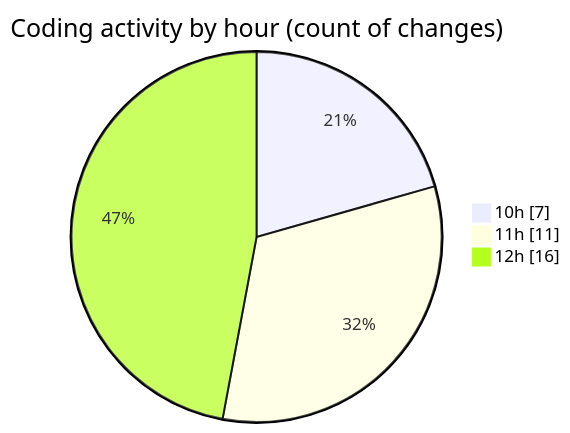
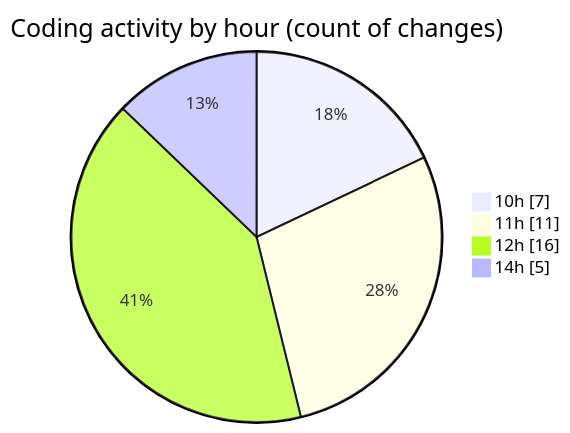
Before and after one commit to igalym/code-tracking: the second of 2 diagrams in 2026-03-31/cinema/README.md, drawn with Mermaid. The commit also changed other lines of this file and 1 other file, not shown here.

````diff
--- a/2026-03-31/cinema/README.md
+++ b/2026-03-31/cinema/README.md
@@ -40,7 +42,8 @@
 ```mermaid
 pie showData
 title Coding activity by hour (count of changes)
 "10h" : 7
 "11h" : 11
 "12h" : 16
+"14h" : 5
 ```
````
